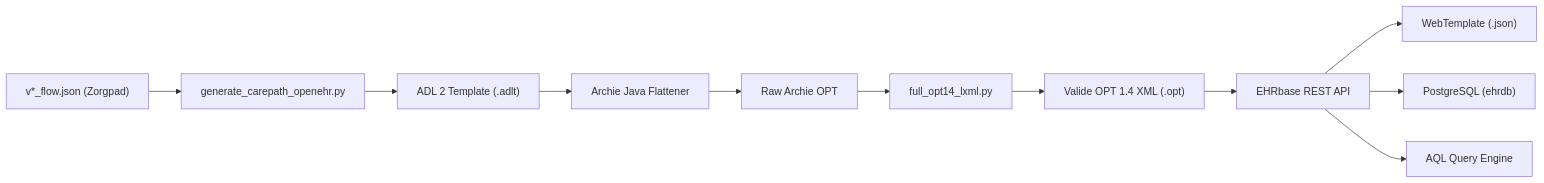
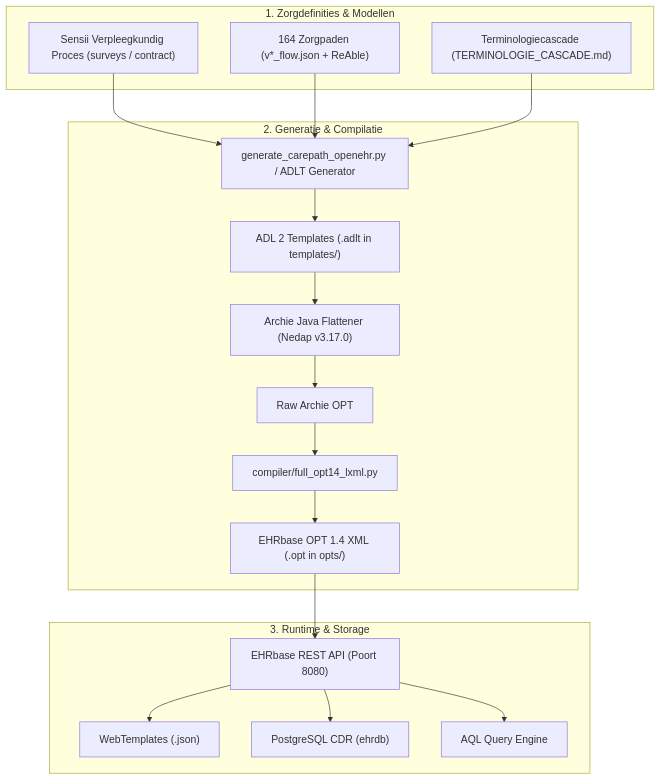
Before and after one commit to erik-jan-vlieger/OpenEHRDemo: the diagram in metadocumenten.md, drawn with Mermaid. The commit also changed other lines of this file and 488 other files, not shown here.

Commit message:
feat(sensii): voeg volledige openEHR afspiegeling van Sensii toe incl. ReAble zorgpaden, custom archetypes en bijgewerkte metadocumentatie

````diff
--- a/metadocumenten.md
+++ b/metadocumenten.md
@@ -24,13 +26,37 @@
 ```mermaid
-graph LR
-    A["v*_flow.json (Zorgpad)"] --> B["generate_carepath_openehr.py"]
-    B --> C["ADL 2 Template (.adlt)"]
-    C --> D["Archie Java Flattener"]
-    D --> E["Raw Archie OPT"]
-    E --> F["full_opt14_lxml.py"]
-    F --> G["Valide OPT 1.4 XML (.opt)"]
-    G --> H["EHRbase REST API"]
-    H --> I["WebTemplate (.json)"]
-    H --> J["PostgreSQL (ehrdb)"]
-    H --> K["AQL Query Engine"]
+graph TD
+    subgraph "1. Zorgdefinities & Modellen"
+        A1["Sensii Verpleegkundig Proces (surveys / contract)"]
+        A2["164 Zorgpaden (v*_flow.json + ReAble)"]
+        A3["Terminologiecascade (TERMINOLOGIE_CASCADE.md)"]
+    end
+
+    subgraph "2. Generatie & Compilatie"
+        B["generate_carepath_openehr.py / ADLT Generator"]
+        C["ADL 2 Templates (.adlt in templates/)"]
+        D["Archie Java Flattener (Nedap v3.17.0)"]
+        E["Raw Archie OPT"]
+        F["compiler/full_opt14_lxml.py"]
+        G["EHRbase OPT 1.4 XML (.opt in opts/)"]
+    end
+
+    subgraph "3. Runtime & Storage"
+        H["EHRbase REST API (Poort 8080)"]
+        I["WebTemplates (.json)"]
+        J["PostgreSQL CDR (ehrdb)"]
+        K["AQL Query Engine"]
+    end
+
+    A1 --> B
+    A2 --> B
+    A3 --> B
+    B --> C
+    C --> D
+    D --> E
+    E --> F
+    F --> G
+    G --> H
+    H --> I
+    H --> J
+    H --> K
 ```
````
